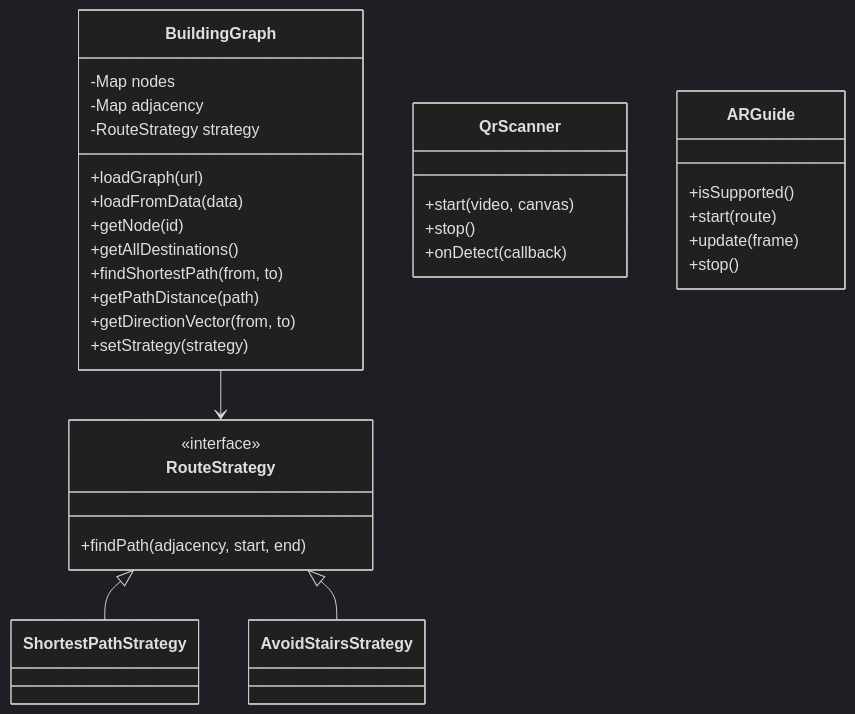
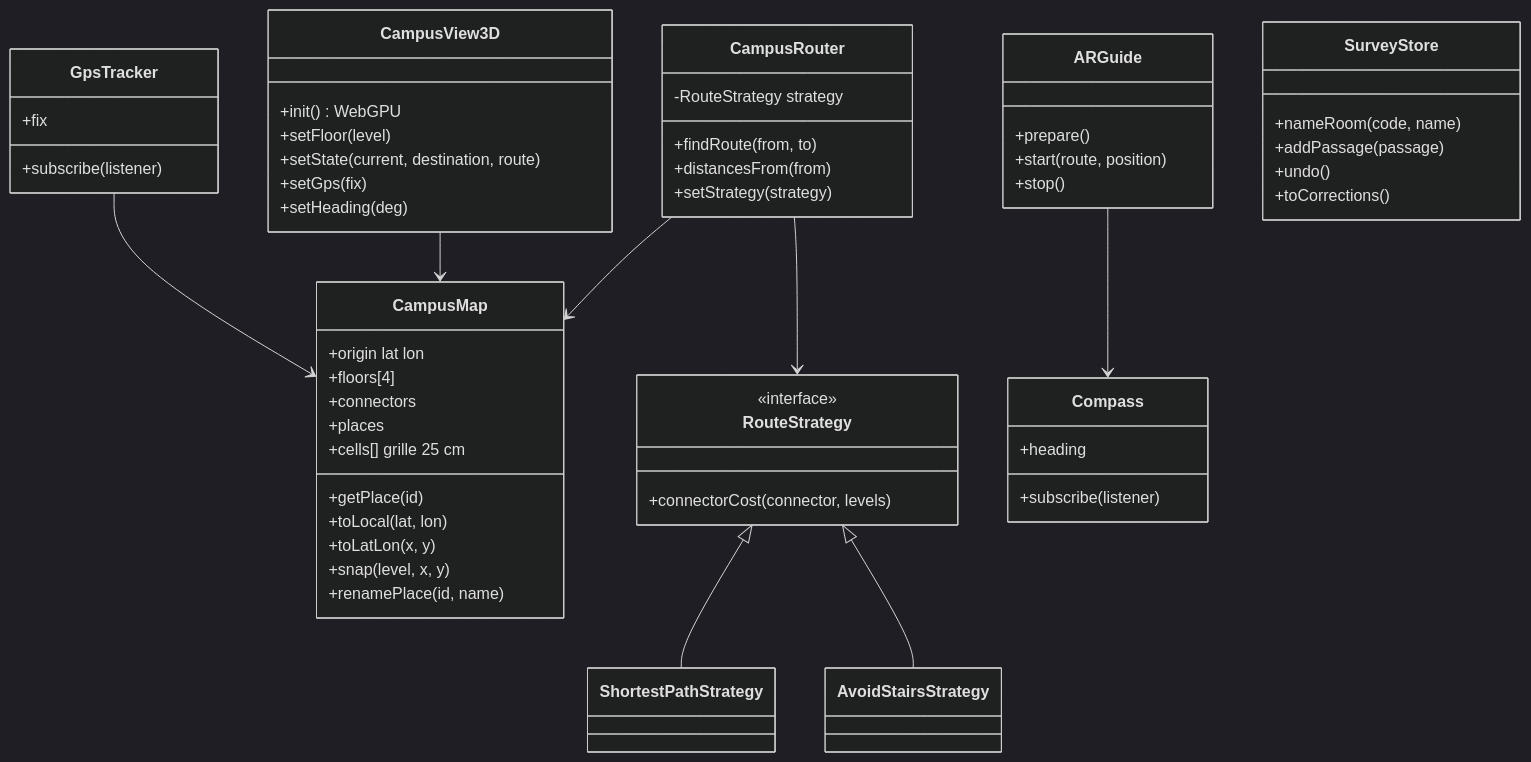
The fourth of 5 diagrams in docs/design-notebook.md (yessinomhiri-cpu/indoor-wayfinder), drawn with Mermaid (dark theme) before and after one commit. The commit also changed other lines of this file and 59 other files, not shown here.

First line of the commit message:
feat: real SUP'COM campus in WebGPU, multi-floor routes, compass, GPS (v3.0.0)

````diff
--- a/docs/design-notebook.md
+++ b/docs/design-notebook.md
@@ -102,36 +127,60 @@
 ```mermaid
 classDiagram
-    class BuildingGraph {
-        -Map nodes
-        -Map adjacency
+    class CampusMap {
+        +origin lat lon
+        +floors[4]
+        +connectors
+        +places
+        +cells[] grille 25 cm
+        +getPlace(id)
+        +toLocal(lat, lon)
+        +toLatLon(x, y)
+        +snap(level, x, y)
+        +renamePlace(id, name)
+    }
+    class CampusRouter {
         -RouteStrategy strategy
-        +loadGraph(url)
-        +loadFromData(data)
-        +getNode(id)
-        +getAllDestinations()
-        +findShortestPath(from, to)
-        +getPathDistance(path)
-        +getDirectionVector(from, to)
+        +findRoute(from, to)
+        +distancesFrom(from)
         +setStrategy(strategy)
     }
     class RouteStrategy {
         <<interface>>
-        +findPath(adjacency, start, end)
+        +connectorCost(connector, levels)
     }
     class ShortestPathStrategy
     class AvoidStairsStrategy
-    class QrScanner {
-        +start(video, canvas)
-        +stop()
-        +onDetect(callback)
+    class CampusView3D {
+        +init() WebGPU
+        +setFloor(level)
+        +setState(current, destination, route)
+        +setGps(fix)
+        +setHeading(deg)
     }
     class ARGuide {
-        +isSupported()
-        +start(route)
-        +update(frame)
+        +prepare()
+        +start(route, position)
         +stop()
     }
-    BuildingGraph --> RouteStrategy
+    class Compass {
+        +heading
+        +subscribe(listener)
+    }
+    class GpsTracker {
+        +fix
+        +subscribe(listener)
+    }
+    class SurveyStore {
+        +nameRoom(code, name)
+        +addPassage(passage)
+        +undo()
+        +toCorrections()
+    }
+    CampusRouter --> CampusMap
+    CampusRouter --> RouteStrategy
     RouteStrategy <|-- ShortestPathStrategy
     RouteStrategy <|-- AvoidStairsStrategy
+    CampusView3D --> CampusMap
+    ARGuide --> Compass
+    GpsTracker --> CampusMap
 ```
````
